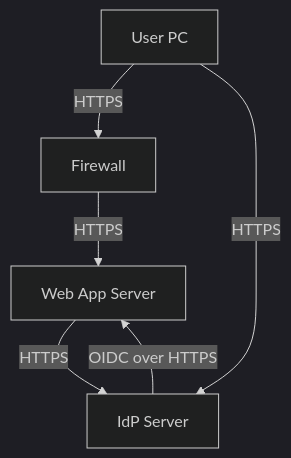
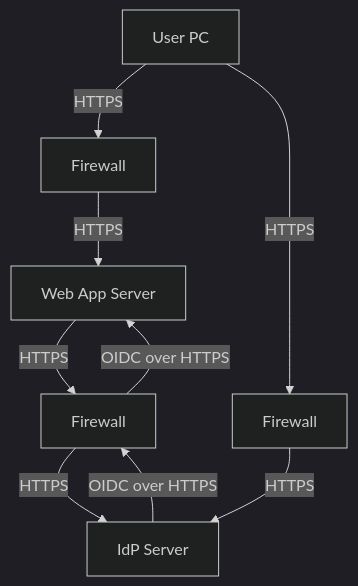
One commit to neoalienson/architect_library changed the fourth of 8 diagrams in design_patterns/security/sso.md. Above: the diagram before and after it, drawn with Mermaid (dark theme). The commit also changed other lines of this file and 1 other file, not shown here.

````diff
--- a/design_patterns/security/sso.md
+++ b/design_patterns/security/sso.md
@@ -68,8 +72,11 @@
 ```mermaid
 graph TD
-    UserPC[User PC] -->|HTTPS| Firewall[Firewall]
-    Firewall -->|HTTPS| AppServer[Web App Server]
-    AppServer -->|HTTPS| IdPServer[IdP Server]
-    UserPC -->|HTTPS| IdPServer
-    IdPServer -->|OIDC over HTTPS| AppServer
+    UserPC[User PC] -->|HTTPS| Firewall1[Firewall]
+    Firewall1 -->|HTTPS| AppServer[Web App Server]
+    AppServer -->|HTTPS| Firewall2[Firewall]
+    Firewall2 -->|HTTPS| IdPServer[IdP Server]
+    UserPC -->|HTTPS| Firewall3[Firewall]
+    Firewall3 -->|HTTPS| IdPServer
+    IdPServer -->|OIDC over HTTPS| Firewall2
+    Firewall2 -->|OIDC over HTTPS| AppServer
 ```
````
